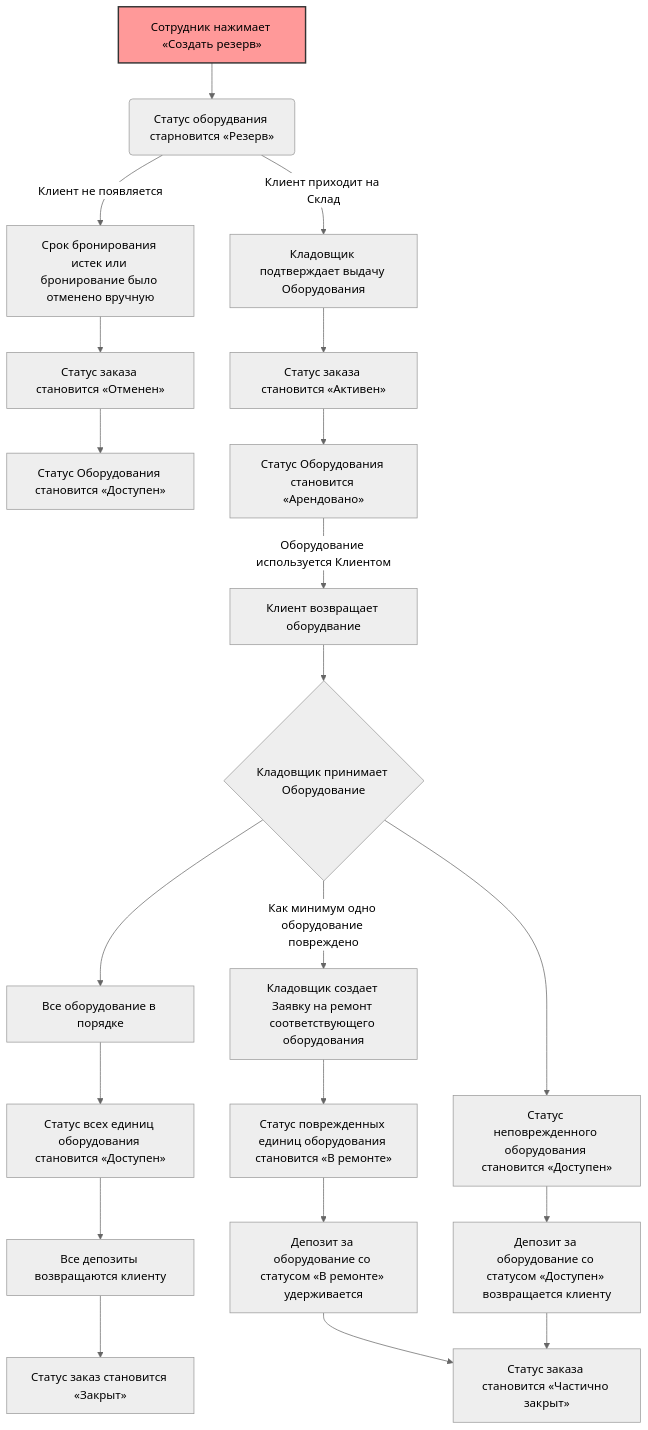
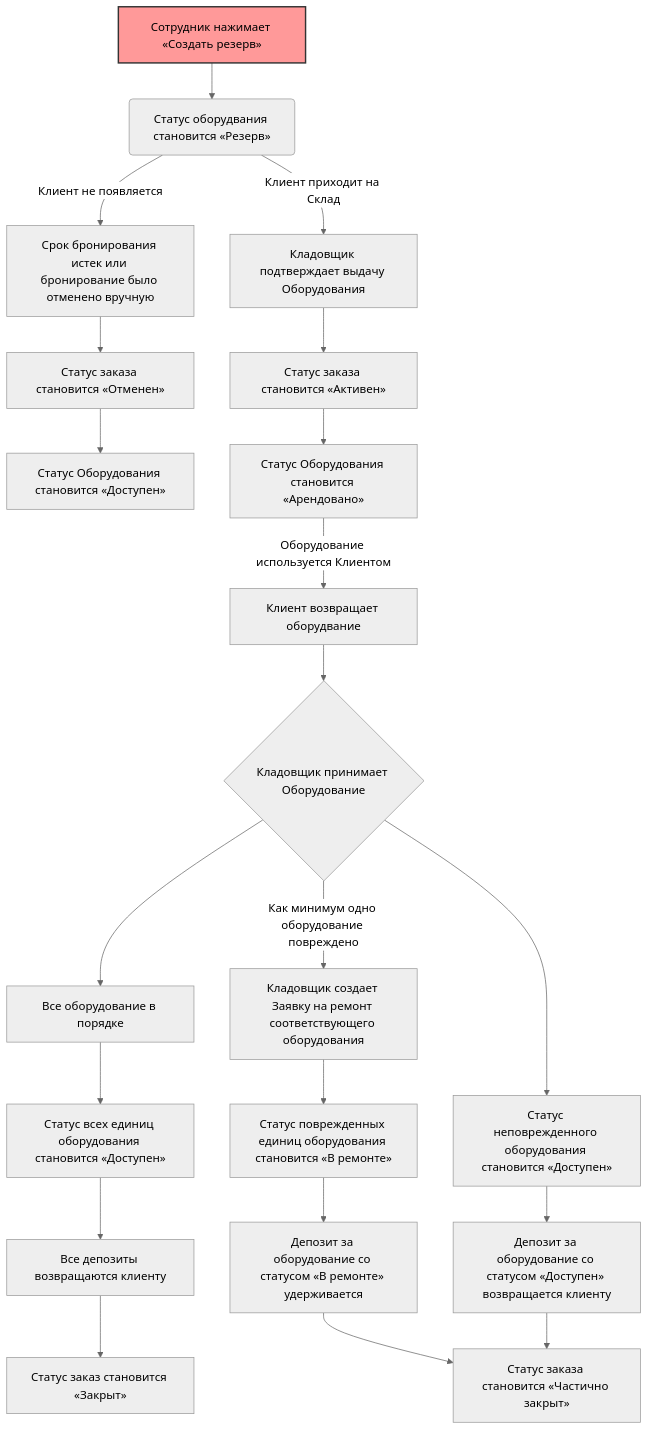
One commit to Diamko94/rentals1 changed the diagram in flowchart4.md. Above: the diagram before and after it, drawn with Mermaid (neutral theme).

````diff
--- a/flowchart4.md
+++ b/flowchart4.md
@@ -1,36 +1,36 @@
 ```mermaid
 flowchart TD
 
  %% Выделение цветом
     style D1 fill:#ff9999,stroke:#333,stroke-width:2px
   
 
     %% Подтверждение
     D1[Сотрудник нажимает «Создать резерв»]
-    D1 --> B(Статус оборудвания старновится «Резерв»)
+    D1 --> B(Статус оборудвания становится «Резерв»)
 
     %% Выдача
     B --> |Клиент приходит на Склад| I[Кладовщик подтверждает выдачу Оборудования]
     B --> |Клиент не появляется| E[Срок бронирования истек или бронирование было отменено вручную]
     E --> F[Статус заказа становится «Отменен»]
     I --> J[Статус заказа становится «Активен»]
     F --> C[Статус Оборудования становится «Доступен»]
     J --> X[Статус Оборудования становится «Арендовано»]
 
     %% Возврат
     X --> |Оборудование используется Клиентом| K[Клиент возвращает оборудвание]
     K --> L{Кладовщик принимает Оборудование}
     L --> M[Все оборудование в порядке] 
     M --> N[Статус всех единиц оборудования становится «Доступен»]
     L --> |Как минимум одно оборудование повреждено| P[Кладовщик создает Заявку на ремонт соответствующего оборудования]
     P --> R[Статус поврежденных единиц оборудования становится «В ремонте»]
     L --> T[Статус неповрежденного оборудования становится «Доступен»]
 
     %% Расчет
     N --> Q[Все депозиты возвращаются клиенту]
     Q --> V[Статус заказ становится «Закрыт»]
     R --> S[Депозит за оборудование со статусом «В ремонте» удерживается]
     T --> U[Депозит за оборудование со статусом «Доступен» возвращается клиенту]
     S --> W[Статус заказа становится «Частично закрыт»]
     U --> W[Статус заказа становится «Частично закрыт»]
 ```
````
